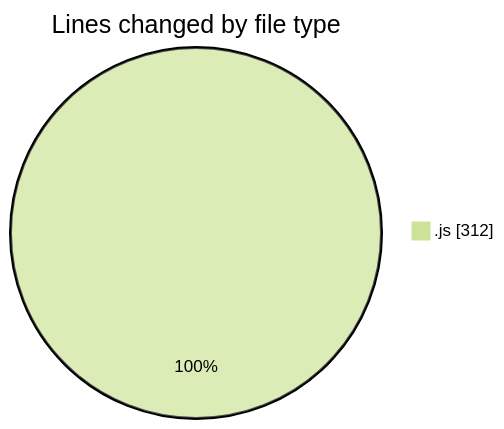
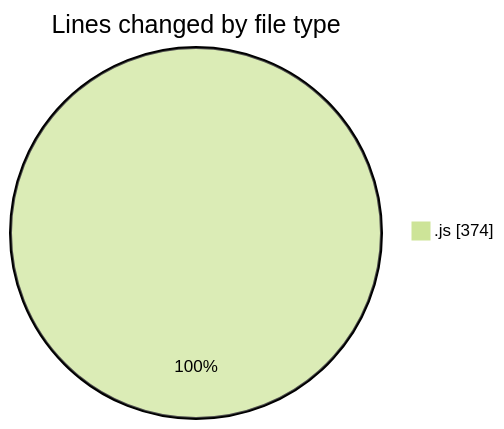
One commit to BS-eng2023/code-tracking changed the first of 2 diagrams in 2025-04-04/jsvms/README.md. Above: the diagram before and after it, drawn with Mermaid (forest theme). The commit also changed other lines of this file and 1 other file, not shown here.

````diff
--- a/2025-04-04/jsvms/README.md
+++ b/2025-04-04/jsvms/README.md
@@ -23,5 +24,5 @@
 ```mermaid
 pie showData
 title Lines changed by file type
-".js" : 312
+".js" : 374
 ```
````
